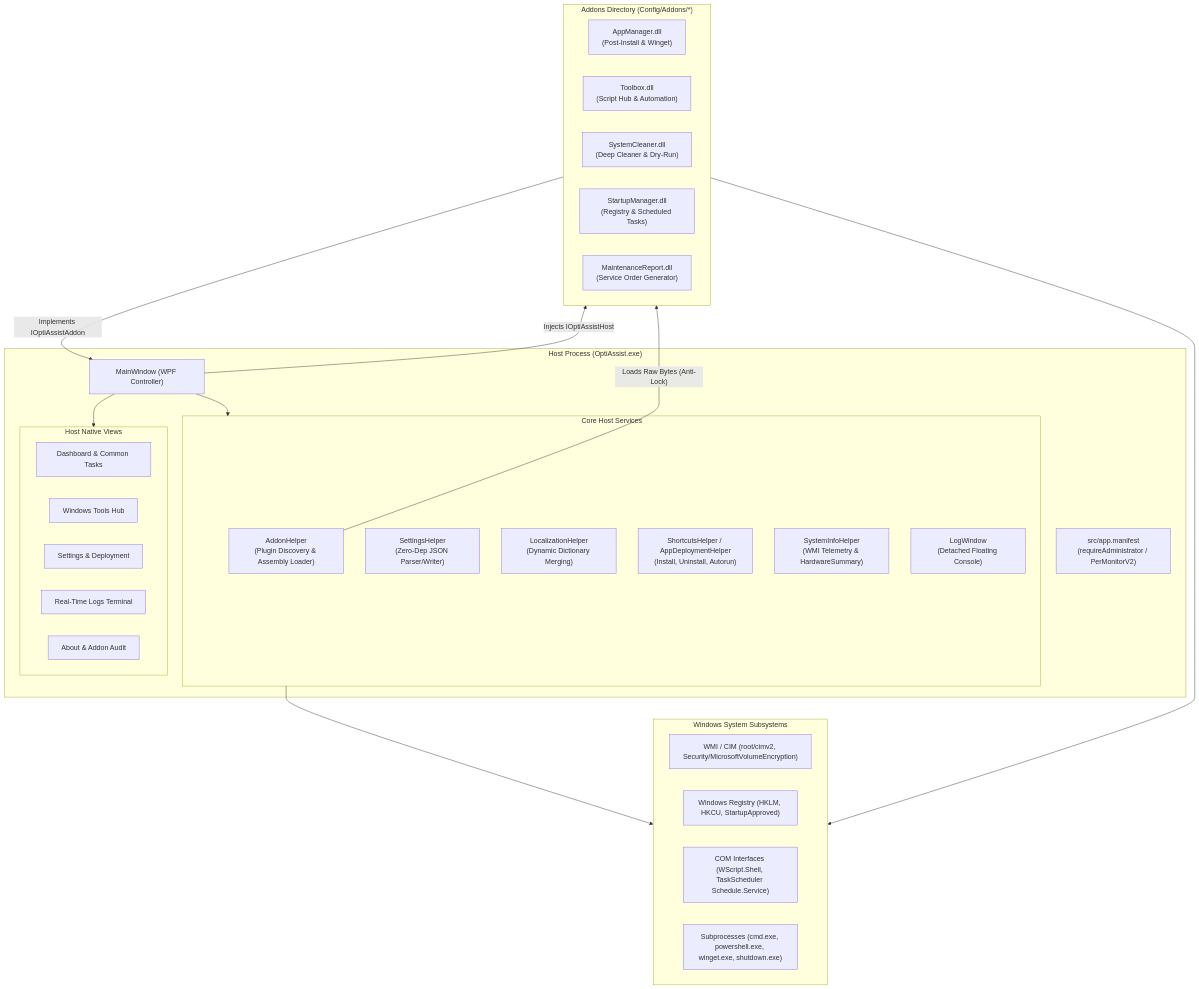
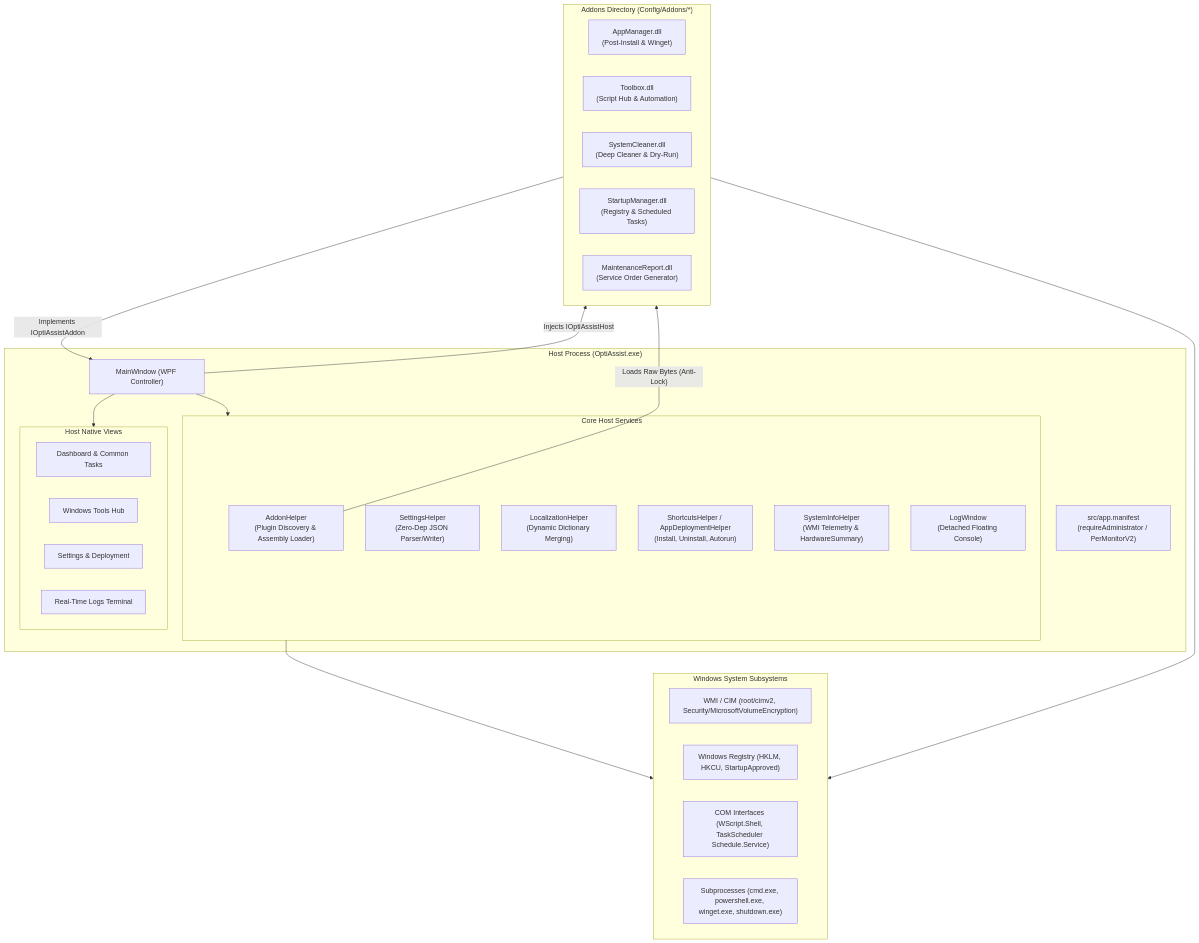
One commit to jvfigueiro/optiassist changed the first of 2 diagrams in Docs/arquitetura.md. Above: the diagram before and after it, drawn with Mermaid. The commit also changed 4 other files, not shown here.

````diff
--- a/Docs/arquitetura.md
+++ b/Docs/arquitetura.md
@@ -18,47 +18,46 @@
 ```mermaid
 graph TD
     subgraph HostApplication ["Host Process (OptiAssist.exe)"]
         AppManifest["src/app.manifest<br/>(requireAdministrator / PerMonitorV2)"]
         MainWindow["MainWindow (WPF Controller)"]
         
         subgraph CoreServices ["Core Host Services"]
             AddonHelper["AddonHelper<br/>(Plugin Discovery & Assembly Loader)"]
             SettingsHelper["SettingsHelper<br/>(Zero-Dep JSON Parser/Writer)"]
             LocalizationHelper["LocalizationHelper<br/>(Dynamic Dictionary Merging)"]
             ShortcutsHelper["ShortcutsHelper / AppDeploymentHelper<br/>(Install, Uninstall, Autorun)"]
             SystemInfoHelper["SystemInfoHelper<br/>(WMI Telemetry & HardwareSummary)"]
             LogWindow["LogWindow<br/>(Detached Floating Console)"]
         end
 
         subgraph BuiltInTabs ["Host Native Views"]
             TabDashboard["Dashboard & Common Tasks"]
             TabWinTools["Windows Tools Hub"]
             TabSettings["Settings & Deployment"]
             TabLogs["Real-Time Logs Terminal"]
-            TabAbout["About & Addon Audit"]
         end
     end
 
     subgraph AddonsContainer ["Addons Directory (Config/Addons/*)"]
         AddonAppManager["AppManager.dll<br/>(Post-Install & Winget)"]
         AddonToolbox["Toolbox.dll<br/>(Script Hub & Automation)"]
         AddonCleaner["SystemCleaner.dll<br/>(Deep Cleaner & Dry-Run)"]
         AddonStartup["StartupManager.dll<br/>(Registry & Scheduled Tasks)"]
         AddonReport["MaintenanceReport.dll<br/>(Service Order Generator)"]
     end
 
     subgraph WindowsIntegration ["Windows System Subsystems"]
         WMI["WMI / CIM (root/cimv2, Security/MicrosoftVolumeEncryption)"]
         Registry["Windows Registry (HKLM, HKCU, StartupApproved)"]
         COM["COM Interfaces (WScript.Shell, TaskScheduler Schedule.Service)"]
         CLI["Subprocesses (cmd.exe, powershell.exe, winget.exe, shutdown.exe)"]
     end
 
     MainWindow --> CoreServices
     MainWindow --> BuiltInTabs
     AddonHelper -->|"Loads Raw Bytes (Anti-Lock)"| AddonsContainer
     AddonsContainer -->|"Implements IOptiAssistAddon"| MainWindow
     MainWindow -->|"Injects IOptiAssistHost"| AddonsContainer
     CoreServices --> WindowsIntegration
     AddonsContainer --> WindowsIntegration
 ```
````
